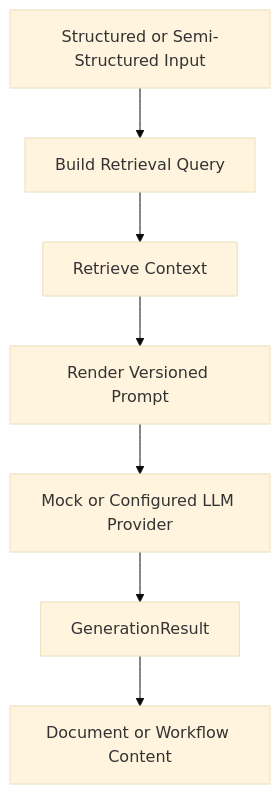
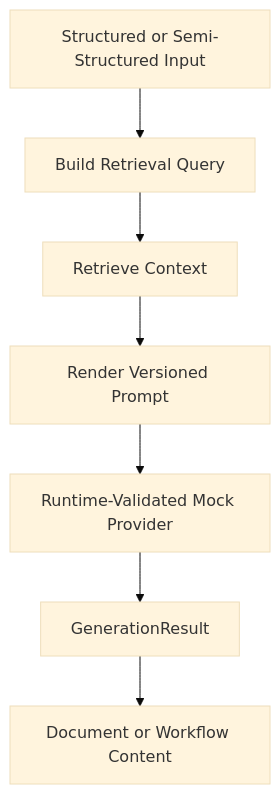
The third of 4 diagrams in docs/architecture.md (Deepudk04/flowforge-ai), drawn with Mermaid (base theme) before and after one commit. The commit also changed other lines of this file and 46 other files, not shown here.

````diff
--- a/docs/architecture.md
+++ b/docs/architecture.md
@@ -45,9 +45,9 @@
 ```mermaid
 flowchart TD
     Input[Structured or Semi-Structured Input] --> Query[Build Retrieval Query]
     Query --> Retrieve[Retrieve Context]
     Retrieve --> Render[Render Versioned Prompt]
-    Render --> Provider[Mock or Configured LLM Provider]
+    Render --> Provider[Runtime-Validated Mock Provider]
     Provider --> Result[GenerationResult]
     Result --> Output[Document or Workflow Content]
 ```
````
